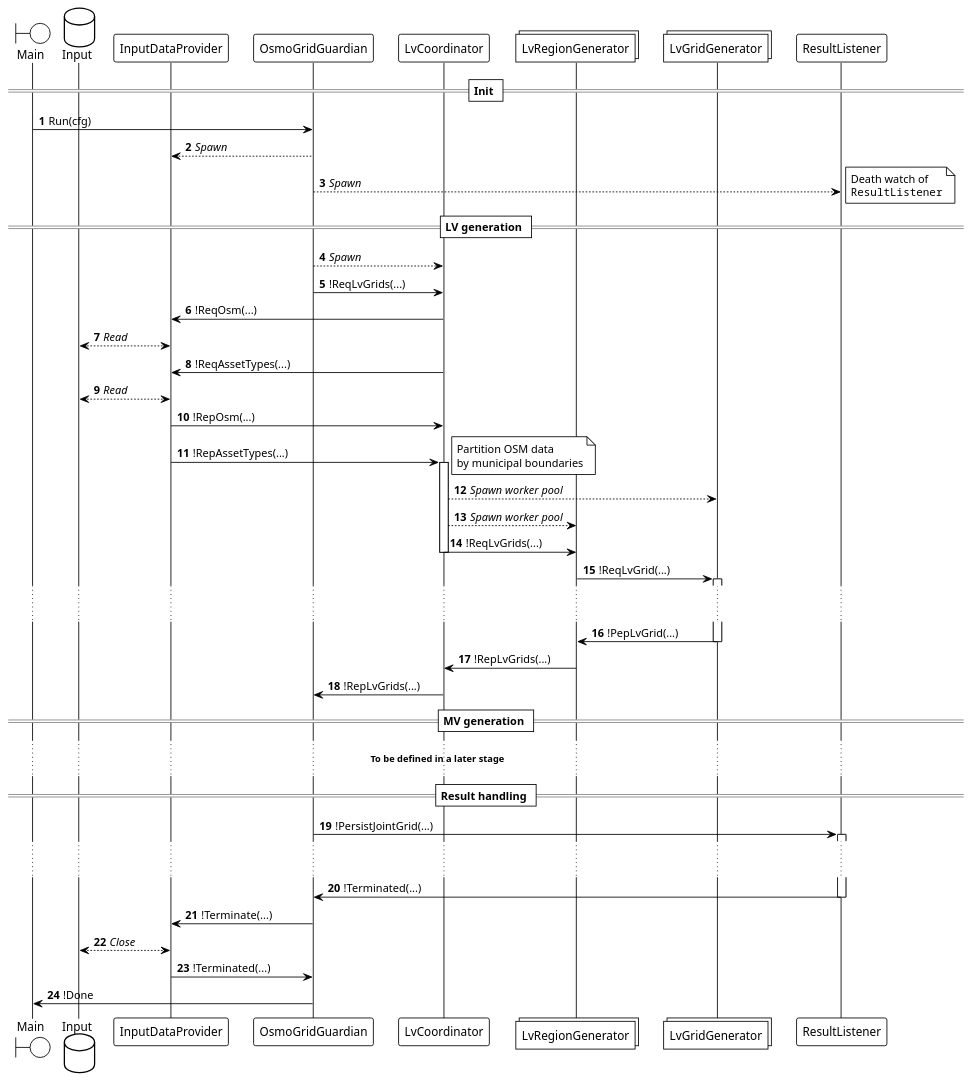
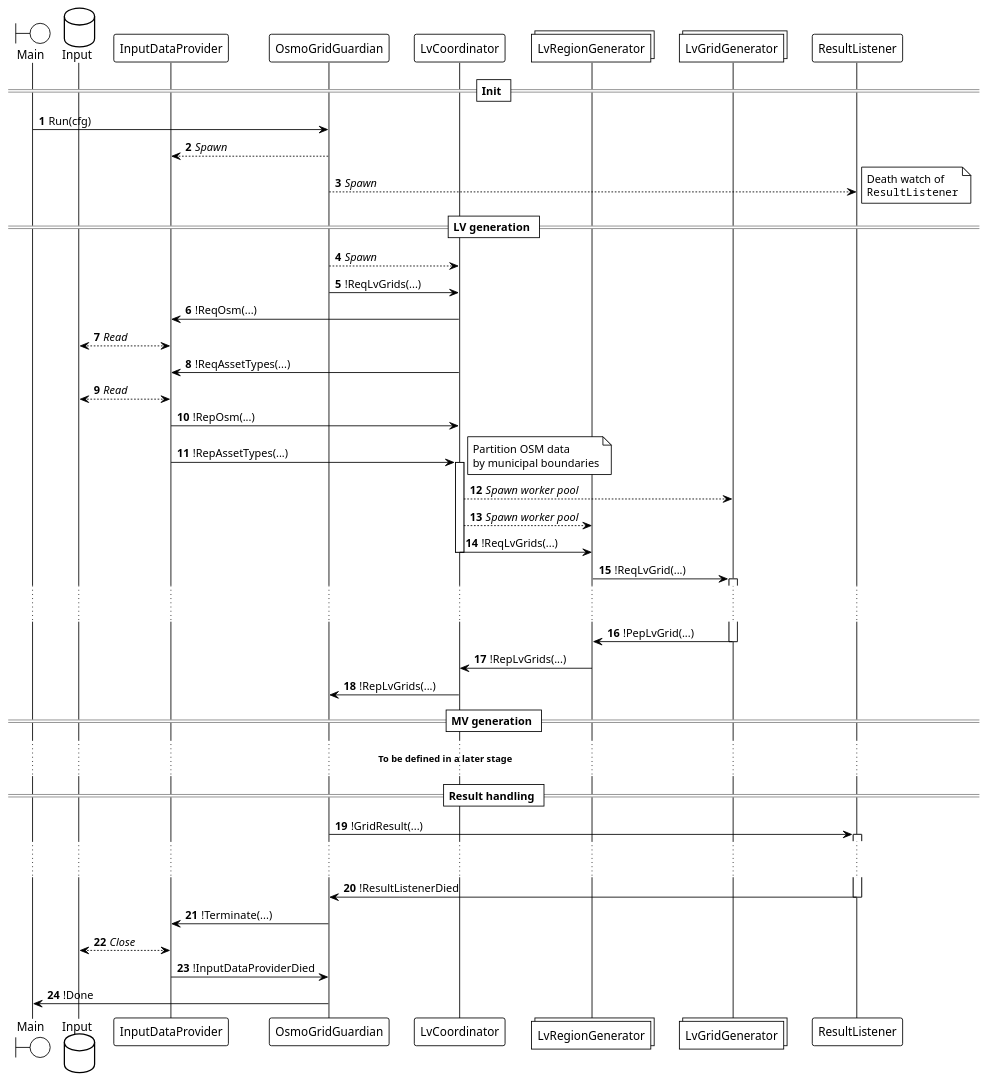
The diagram in docs/protocol/protocol.puml (ie3-institute/OSMoGrid), drawn with PlantUML before and after one commit. The commit also changed 4 other files, not shown here.

```diff
--- a/docs/protocol/protocol.puml
+++ b/docs/protocol/protocol.puml
@@ -1,65 +1,65 @@
 @startuml
 'https://plantuml.com/sequence-diagram
 
 !theme plain
 autonumber
 
 boundary Main
 database Input
 participant InputDataProvider
 participant OsmoGridGuardian
 participant LvCoordinator
 collections LvRegionGenerator
 collections LvGridGenerator
 participant ResultListener
 
 == Init ==
 Main -> OsmoGridGuardian: Run(cfg)
 OsmoGridGuardian --> InputDataProvider: //Spawn//
 
 OsmoGridGuardian --> ResultListener: //Spawn//
 note right: Death watch of\n""ResultListener""
 
 == LV generation ==
 OsmoGridGuardian --> LvCoordinator: //Spawn//
 OsmoGridGuardian -> LvCoordinator: !ReqLvGrids(...)
 LvCoordinator -> InputDataProvider: !ReqOsm(...)
 InputDataProvider <--> Input: //Read//
 LvCoordinator -> InputDataProvider: !ReqAssetTypes(...)
 InputDataProvider <--> Input: //Read//
 InputDataProvider -> LvCoordinator: !RepOsm(...)
 InputDataProvider -> LvCoordinator: !RepAssetTypes(...)
 activate LvCoordinator
 note right: Partition OSM data\nby municipal boundaries
 LvCoordinator --> LvGridGenerator: //Spawn worker pool//
 LvCoordinator --> LvRegionGenerator: //Spawn worker pool//
 
 LvCoordinator -> LvRegionGenerator: !ReqLvGrids(...)
 deactivate LvCoordinator
 LvRegionGenerator -> LvGridGenerator: !ReqLvGrid(...)
 activate LvGridGenerator
 ... ...
 LvGridGenerator -> LvRegionGenerator: !PepLvGrid(...)
 deactivate LvGridGenerator
 
 LvRegionGenerator -> LvCoordinator: !RepLvGrids(...)
 LvCoordinator -> OsmoGridGuardian: !RepLvGrids(...)
 
 == MV generation ==
 ... **To be defined in a later stage** ...
 
 == Result handling ==
-OsmoGridGuardian -> ResultListener: !PersistJointGrid(...)
+OsmoGridGuardian -> ResultListener: !GridResult(...)
 activate ResultListener
 ... ...
-ResultListener -> OsmoGridGuardian: !Terminated(...)
+ResultListener -> OsmoGridGuardian: !ResultListenerDied
 deactivate ResultListener
 OsmoGridGuardian -> InputDataProvider: !Terminate(...)
 InputDataProvider <--> Input: //Close//
-InputDataProvider -> OsmoGridGuardian: !Terminated(...)
+InputDataProvider -> OsmoGridGuardian: !InputDataProviderDied
 
 OsmoGridGuardian -> Main: !Done
 
 'TODO: Don't forget to spawn and initialize the ResultListener
 
 @enduml
```
